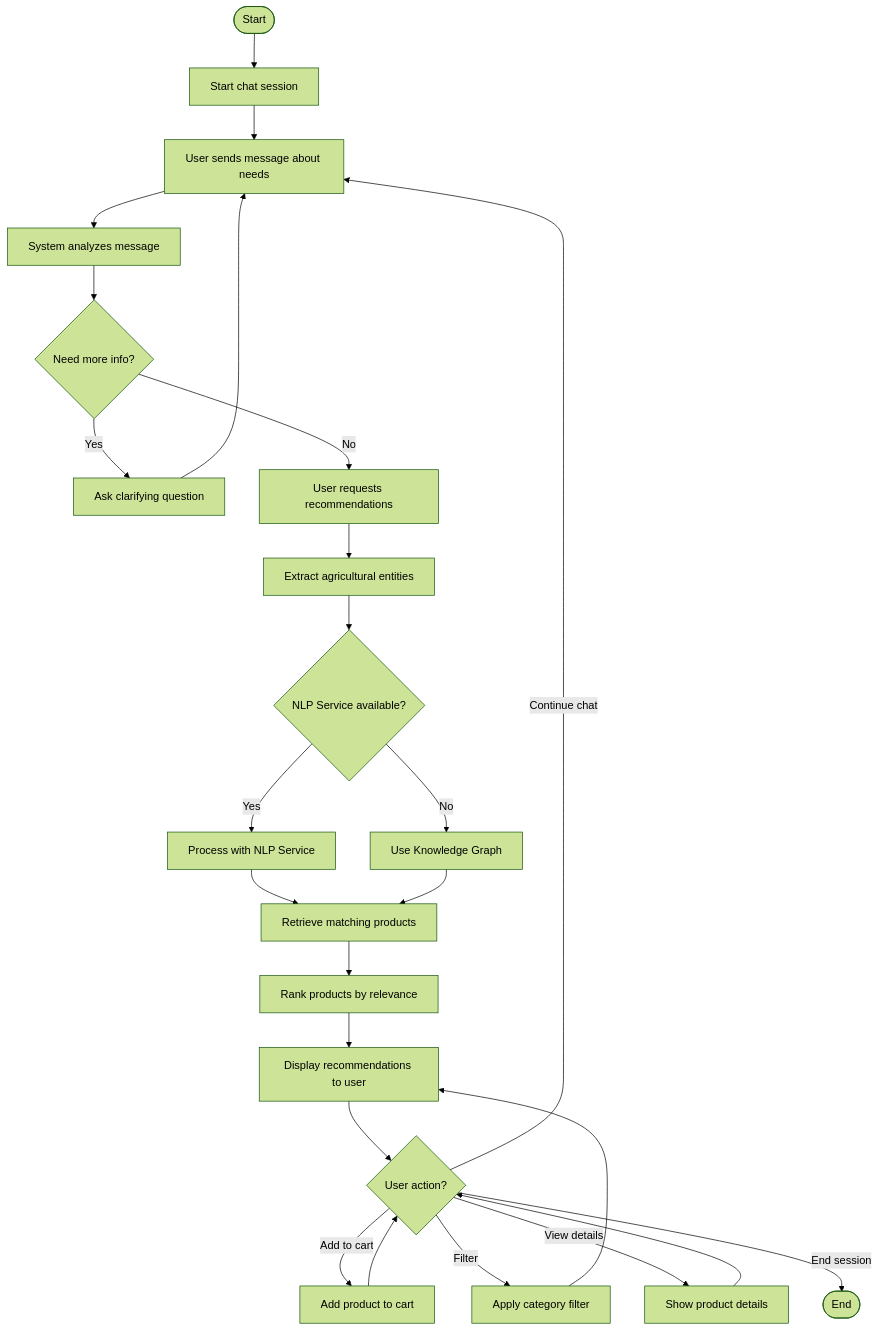
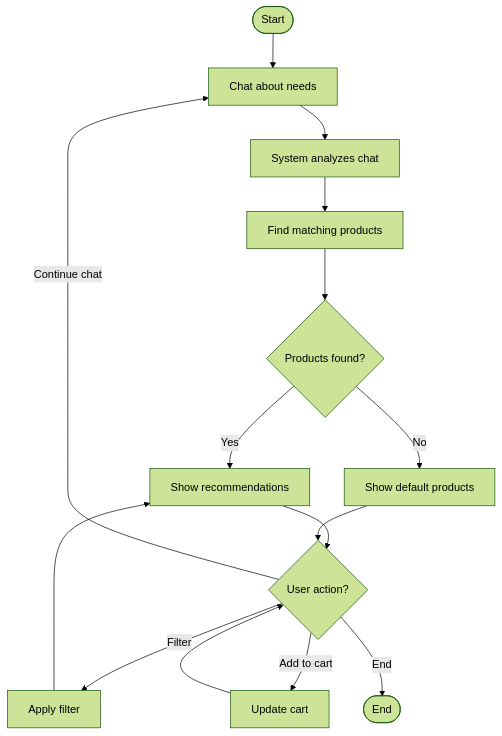
The fifth of 7 diagrams in documentation/digram.md (Gauravkrsah/Cropsay), drawn with Mermaid (forest theme) before and after one commit. The commit also changed other lines of this file, not shown here.

Commit message:
Simplify and clean up system diagrams for better visualization

````diff
--- a/documentation/digram.md
+++ b/documentation/digram.md
@@ -336,37 +186,23 @@
 ```mermaid
 flowchart TD
-    Start([Start]) --> StartChat[Start chat session]
+    Start([Start]) --> Chat[Chat about needs]
     
-    StartChat --> SendMessage[User sends message about needs]
-    SendMessage --> AnalyzeMessage[System analyzes message]
+    Chat --> Analyze[System analyzes chat]
+    Analyze --> FindProducts[Find matching products]
     
-    AnalyzeMessage --> MoreInfo{Need more info?}
-    MoreInfo -->|Yes| AskQuestion[Ask clarifying question]
-    AskQuestion --> SendMessage
+    FindProducts --> ProductsFound{Products found?}
     
-    MoreInfo -->|No| RequestRecs[User requests recommendations]
-    RequestRecs --> ExtractEntities[Extract agricultural entities]
+    ProductsFound -->|Yes| ShowRecs[Show recommendations]
+    ProductsFound -->|No| ShowDefaults[Show default products]
     
-    ExtractEntities --> CheckNLP{NLP Service available?}
+    ShowRecs --> UserAction{User action?}
+    ShowDefaults --> UserAction
     
-    CheckNLP -->|Yes| CallNLP[Process with NLP Service]
-    CheckNLP -->|No| UseKG[Use Knowledge Graph]
-    
-    CallNLP --> GetProducts[Retrieve matching products]
-    UseKG --> GetProducts
-    
-    GetProducts --> RankProducts[Rank products by relevance]
-    RankProducts --> DisplayRecs[Display recommendations to user]
-    
-    DisplayRecs --> UserAction{User action?}
-    
-    UserAction -->|Add to cart| UpdateCart[Add product to cart]
-    UserAction -->|Filter| ApplyFilter[Apply category filter]
-    UserAction -->|View details| ShowDetails[Show product details]
-    UserAction -->|Continue chat| SendMessage
-    UserAction -->|End session| End([End])
+    UserAction -->|Add to cart| UpdateCart[Update cart]
+    UserAction -->|Filter| ApplyFilter[Apply filter]
+    UserAction -->|Continue chat| Chat
+    UserAction -->|End| End([End])
     
     UpdateCart --> UserAction
-    ApplyFilter --> DisplayRecs
-    ShowDetails --> UserAction
+    ApplyFilter --> ShowRecs
 ```
````
